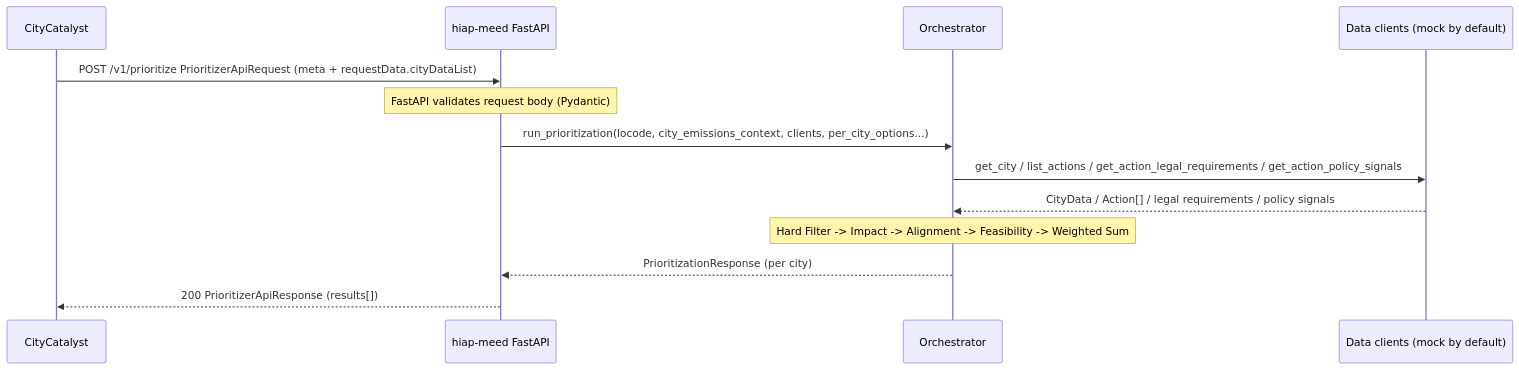
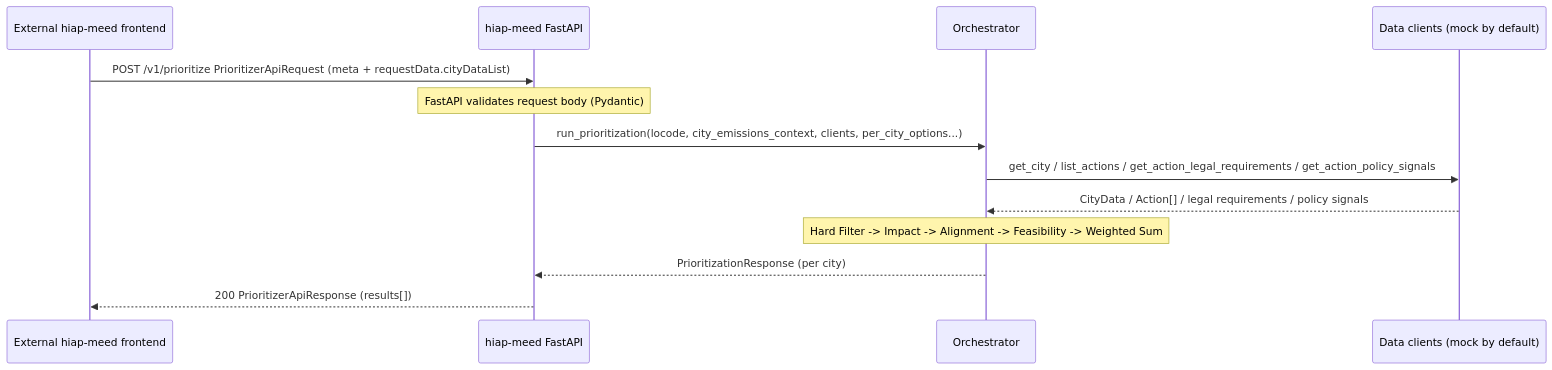
Before and after one commit to Open-Earth-Foundation/CityCatalyst: the second of 2 diagrams in hiap-meed/docs/service-architecture.md, drawn with Mermaid. The commit also changed other lines of this file and 11 other files, not shown here.

````diff
--- a/hiap-meed/docs/service-architecture.md
+++ b/hiap-meed/docs/service-architecture.md
@@ -93,16 +93,16 @@
 ```mermaid
 sequenceDiagram
-    participant CC as CityCatalyst
+    participant FE as External hiap-meed frontend
     participant API as hiap-meed FastAPI
     participant Orch as Orchestrator
     participant Clients as Data clients (mock by default)
 
-    CC->>API: POST /v1/prioritize PrioritizerApiRequest (meta + requestData.cityDataList)
+    FE->>API: POST /v1/prioritize PrioritizerApiRequest (meta + requestData.cityDataList)
     Note over API: FastAPI validates request body (Pydantic)
     API->>Orch: run_prioritization(locode, city_emissions_context, clients, per_city_options...)
     Orch->>Clients: get_city / list_actions / get_action_legal_requirements / get_action_policy_signals
     Clients-->>Orch: CityData / Action[] / legal requirements / policy signals
     Note over Orch: Hard Filter -> Impact -> Alignment -> Feasibility -> Weighted Sum
     Orch-->>API: PrioritizationResponse (per city)
-    API-->>CC: 200 PrioritizerApiResponse (results[])
+    API-->>FE: 200 PrioritizerApiResponse (results[])
 ```
````
